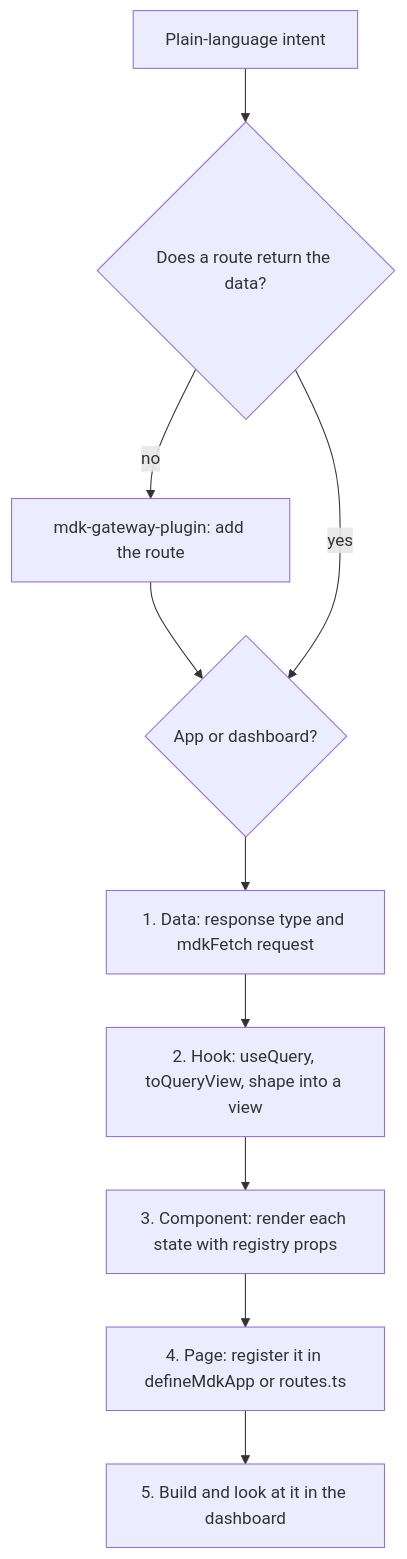
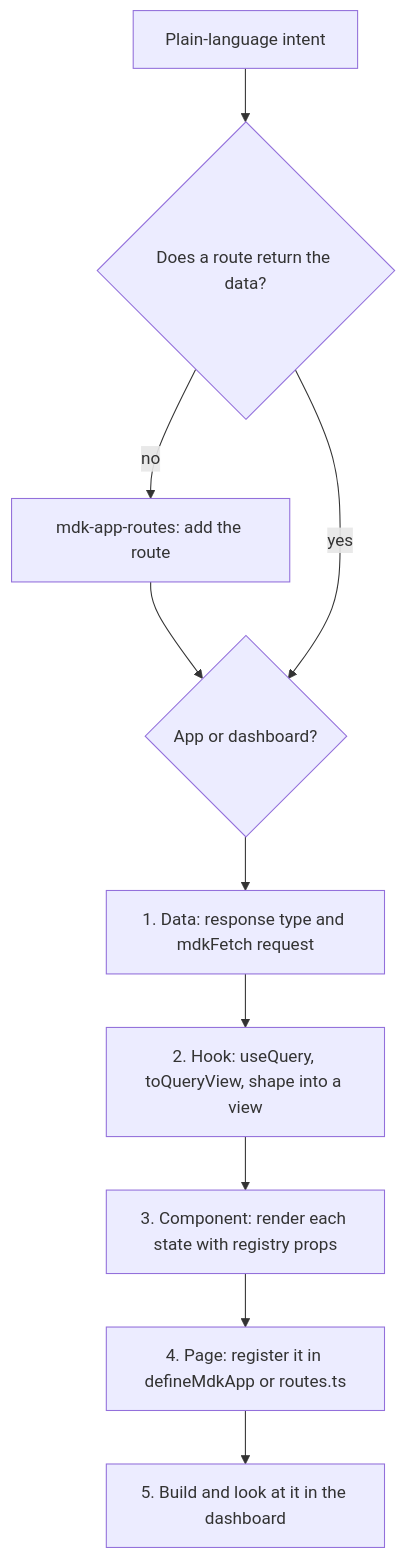
Before and after one commit to tetherto/mdk: the diagram in packages/mdk-skill/src/skills/mdk-ui-component/SKILL.md, drawn with Mermaid. The commit also changed other lines of this file and 432 other files, not shown here.

````diff
--- a/packages/mdk-skill/src/skills/mdk-ui-component/SKILL.md
+++ b/packages/mdk-skill/src/skills/mdk-ui-component/SKILL.md
@@ -48,17 +57,17 @@
 ```mermaid
 flowchart TD
   intent["Plain-language intent"]
   route{"Does a route return the data?"}
-  gateway["mdk-gateway-plugin: add the route"]
+  gateway["mdk-app-routes: add the route"]
   where{"App or dashboard?"}
   data["1. Data: response type and mdkFetch request"]
   hook["2. Hook: useQuery, toQueryView, shape into a view"]
   component["3. Component: render each state with registry props"]
   page["4. Page: register it in defineMdkApp or routes.ts"]
   verify["5. Build and look at it in the dashboard"]
 
   intent --> route
   route -->|no| gateway --> where
   route -->|yes| where
   where --> data --> hook --> component --> page --> verify
 ```
````
